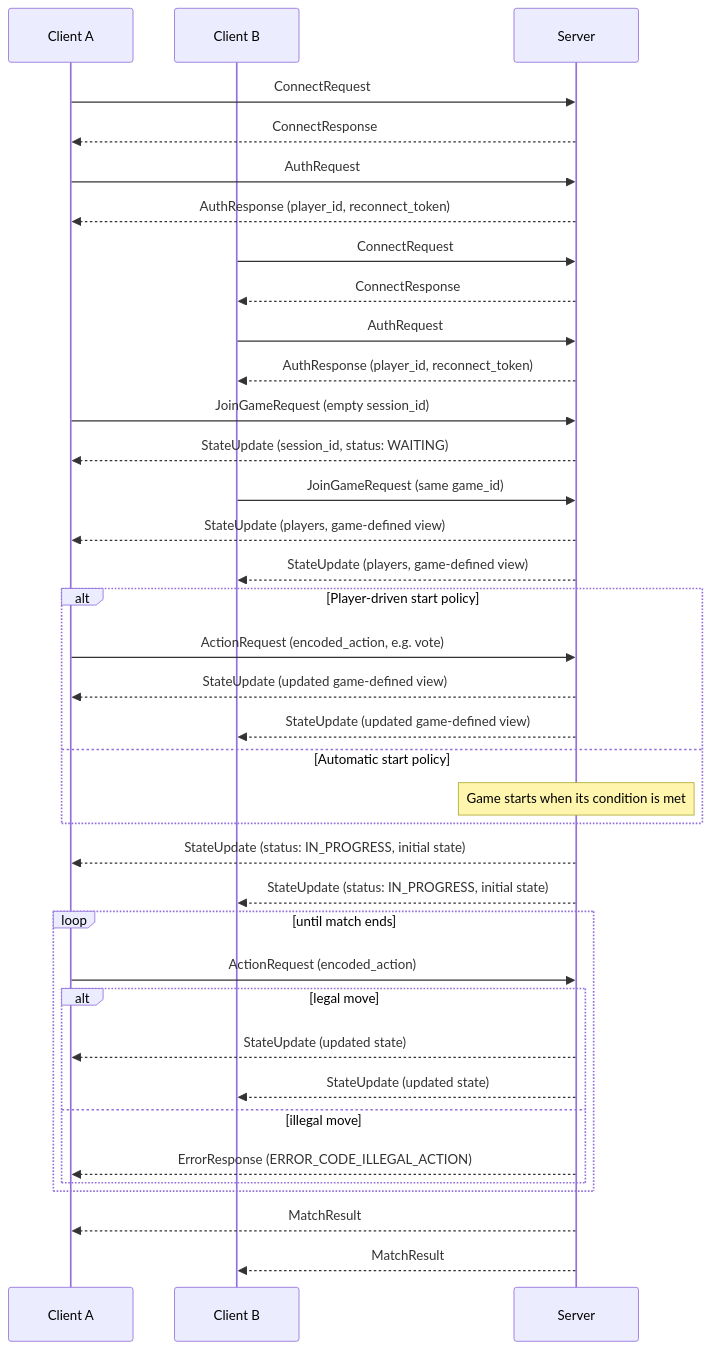
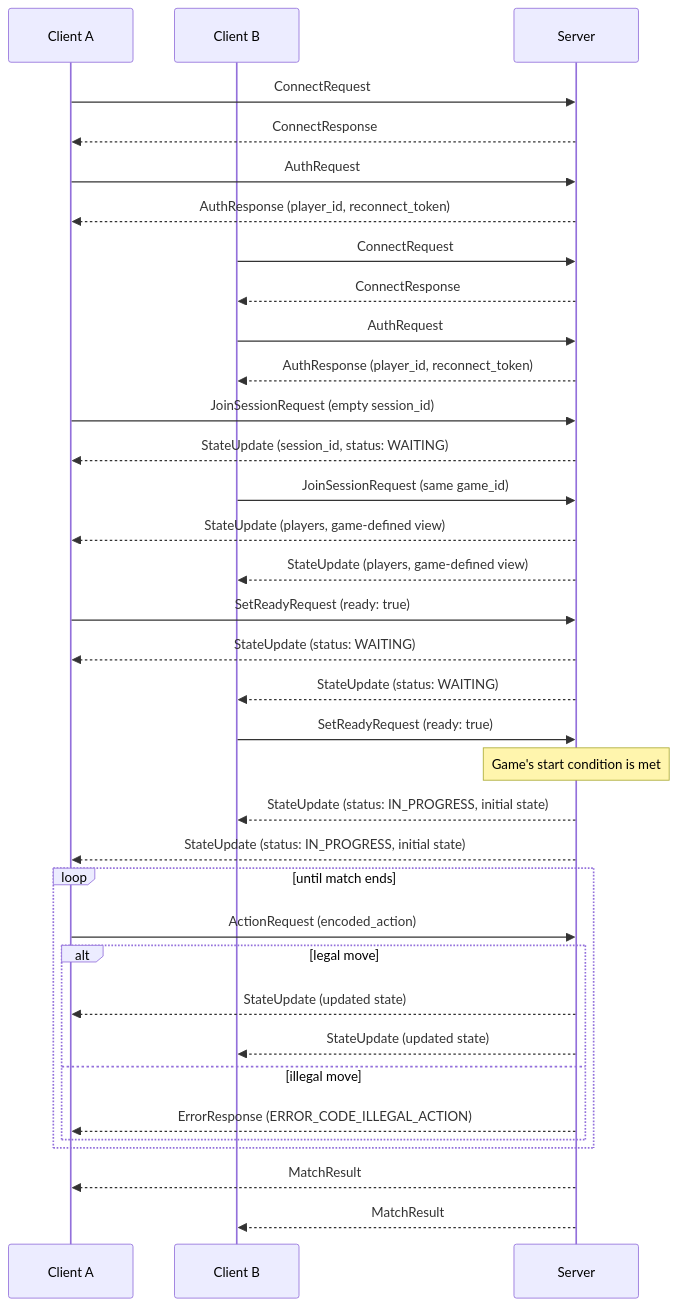
One commit to stevenlagoy/RAMServer-Core changed the diagram in docs/protocol.md. Above: the diagram before and after it, drawn with Mermaid. The commit also changed other lines of this file and 1 other file, not shown here.

Commit message:
Update protocol documentation for version 1.2, including open session querying and match histories

````diff
--- a/docs/protocol.md
+++ b/docs/protocol.md
@@ -275,45 +348,43 @@
 ```mermaid
 sequenceDiagram
     participant A as Client A
     participant B as Client B
     participant S as Server
 
     A->>S: ConnectRequest
     S-->>A: ConnectResponse
     A->>S: AuthRequest
     S-->>A: AuthResponse (player_id, reconnect_token)
 
     B->>S: ConnectRequest
     S-->>B: ConnectResponse
     B->>S: AuthRequest
     S-->>B: AuthResponse (player_id, reconnect_token)
 
-    A->>S: JoinGameRequest (empty session_id)
+    A->>S: JoinSessionRequest (empty session_id)
     S-->>A: StateUpdate (session_id, status: WAITING)
-    B->>S: JoinGameRequest (same game_id)
+    B->>S: JoinSessionRequest (same game_id)
     S-->>A: StateUpdate (players, game-defined view)
     S-->>B: StateUpdate (players, game-defined view)
 
-    alt Player-driven start policy
-        A->>S: ActionRequest (encoded_action, e.g. vote)
-        S-->>A: StateUpdate (updated game-defined view)
-        S-->>B: StateUpdate (updated game-defined view)
-    else Automatic start policy
-        Note over S: Game starts when its condition is met
-    end
+    A->>S: SetReadyRequest (ready: true)
+    S-->>A: StateUpdate (status: WAITING)
+    S-->>B: StateUpdate (status: WAITING)
+    B->>S: SetReadyRequest (ready: true)
+    Note over S: Game's start condition is met
+    S-->>B: StateUpdate (status: IN_PROGRESS, initial state)
     S-->>A: StateUpdate (status: IN_PROGRESS, initial state)
-    S-->>B: StateUpdate (status: IN_PROGRESS, initial state)
 
     loop until match ends
         A->>S: ActionRequest (encoded_action)
         alt legal move
             S-->>A: StateUpdate (updated state)
             S-->>B: StateUpdate (updated state)
         else illegal move
             S-->>A: ErrorResponse (ERROR_CODE_ILLEGAL_ACTION)
         end
     end
 
     S-->>A: MatchResult
     S-->>B: MatchResult
 ```
````
